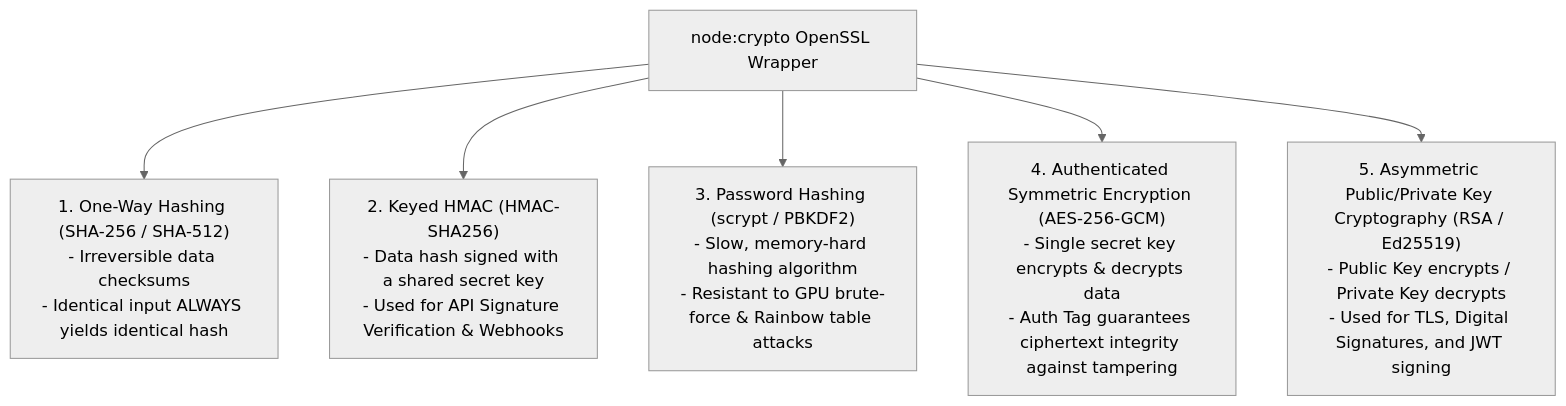
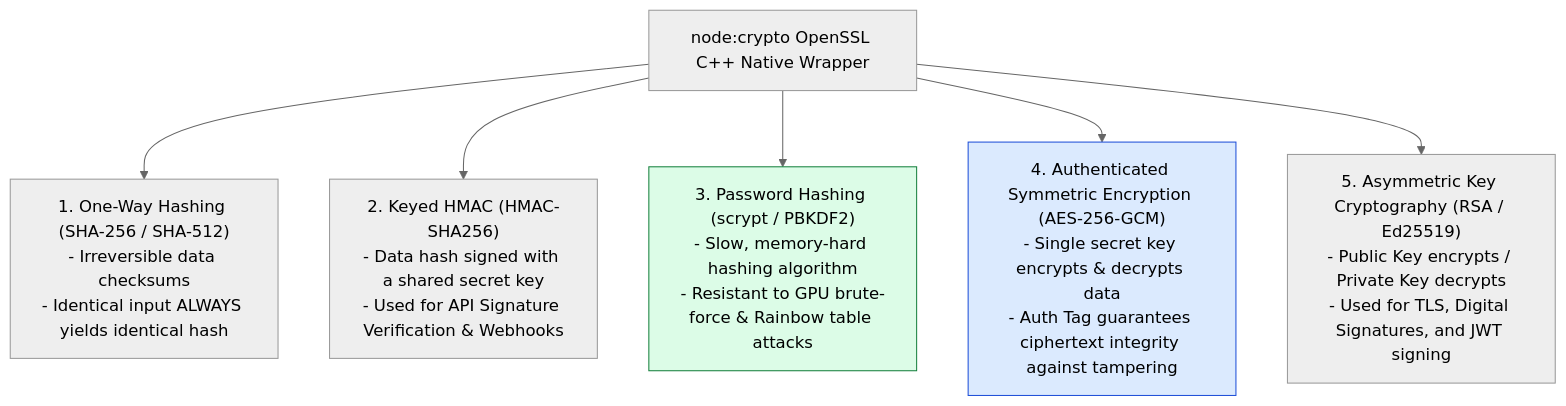
One commit to Amie-dev/engineering-playbook changed the first of 3 diagrams in nodejs-notes/16-crypto-module.md. Above: the diagram before and after it, drawn with Mermaid (neutral theme). The commit also changed other lines of this file and 31 other files, not shown here.

````diff
--- a/nodejs-notes/16-crypto-module.md
+++ b/nodejs-notes/16-crypto-module.md
@@ -13,8 +15,11 @@
 ```mermaid
-graph TD
-    CryptoModule[node:crypto OpenSSL Wrapper] --> Hashing["1. One-Way Hashing (SHA-256 / SHA-512)<br/>- Irreversible data checksums<br/>- Identical input ALWAYS yields identical hash"]
+flowchart TD
+    CryptoModule[node:crypto OpenSSL C++ Native Wrapper] --> Hashing["1. One-Way Hashing (SHA-256 / SHA-512)<br/>- Irreversible data checksums<br/>- Identical input ALWAYS yields identical hash"]
     CryptoModule --> HMAC["2. Keyed HMAC (HMAC-SHA256)<br/>- Data hash signed with a shared secret key<br/>- Used for API Signature Verification & Webhooks"]
     CryptoModule --> PasswordHash["3. Password Hashing (scrypt / PBKDF2)<br/>- Slow, memory-hard hashing algorithm<br/>- Resistant to GPU brute-force & Rainbow table attacks"]
     CryptoModule --> Symmetric["4. Authenticated Symmetric Encryption (AES-256-GCM)<br/>- Single secret key encrypts & decrypts data<br/>- Auth Tag guarantees ciphertext integrity against tampering"]
-    CryptoModule --> Asymmetric["5. Asymmetric Public/Private Key Cryptography (RSA / Ed25519)<br/>- Public Key encrypts / Private Key decrypts<br/>- Used for TLS, Digital Signatures, and JWT signing"]
+    CryptoModule --> Asymmetric["5. Asymmetric Key Cryptography (RSA / Ed25519)<br/>- Public Key encrypts / Private Key decrypts<br/>- Used for TLS, Digital Signatures, and JWT signing"]
+
+    style Symmetric fill:#dbeafe,stroke:#1d4ed8
+    style PasswordHash fill:#dcfce7,stroke:#15803d
 ```
````
